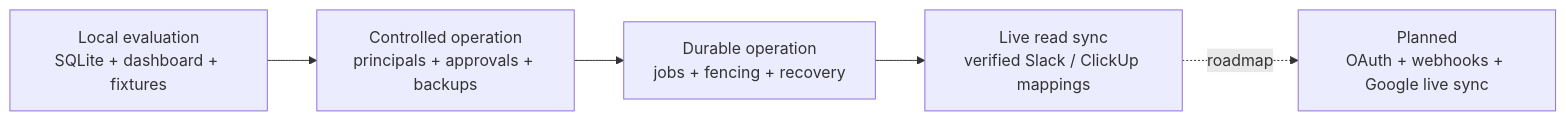
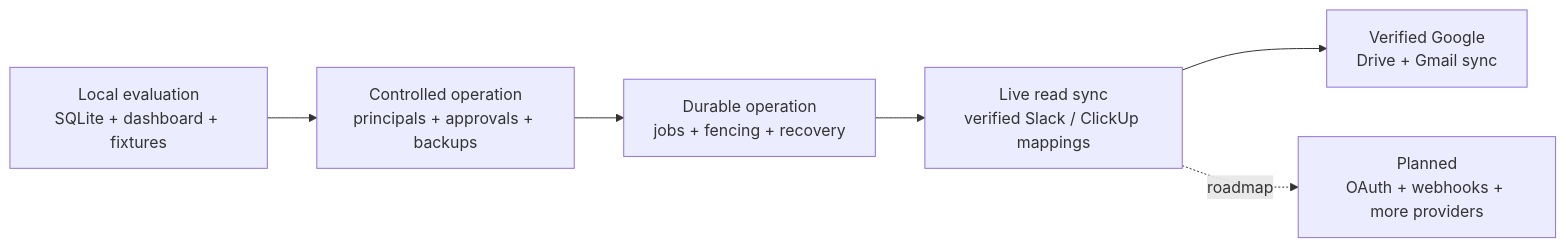
One commit to wasayijaz/Auremgrid-Company-OS changed the fifth of 5 diagrams in README.md. Above: the diagram before and after it, drawn with Mermaid. The commit also changed other lines of this file and 20 other files, not shown here.

````diff
--- a/README.md
+++ b/README.md
@@ -140,7 +140,8 @@
 ```mermaid
 flowchart LR
     Local[Local evaluation<br/>SQLite + dashboard + fixtures] --> Controlled[Controlled operation<br/>principals + approvals + backups]
     Controlled --> Durable[Durable operation<br/>jobs + fencing + recovery]
     Durable --> Live[Live read sync<br/>verified Slack / ClickUp mappings]
-    Live -. roadmap .-> Planned[Planned<br/>OAuth + webhooks + Google live sync]
+    Live --> Google[Verified Google<br/>Drive + Gmail sync]
+    Live -. roadmap .-> Planned[Planned<br/>OAuth + webhooks + more providers]
 ```
````
